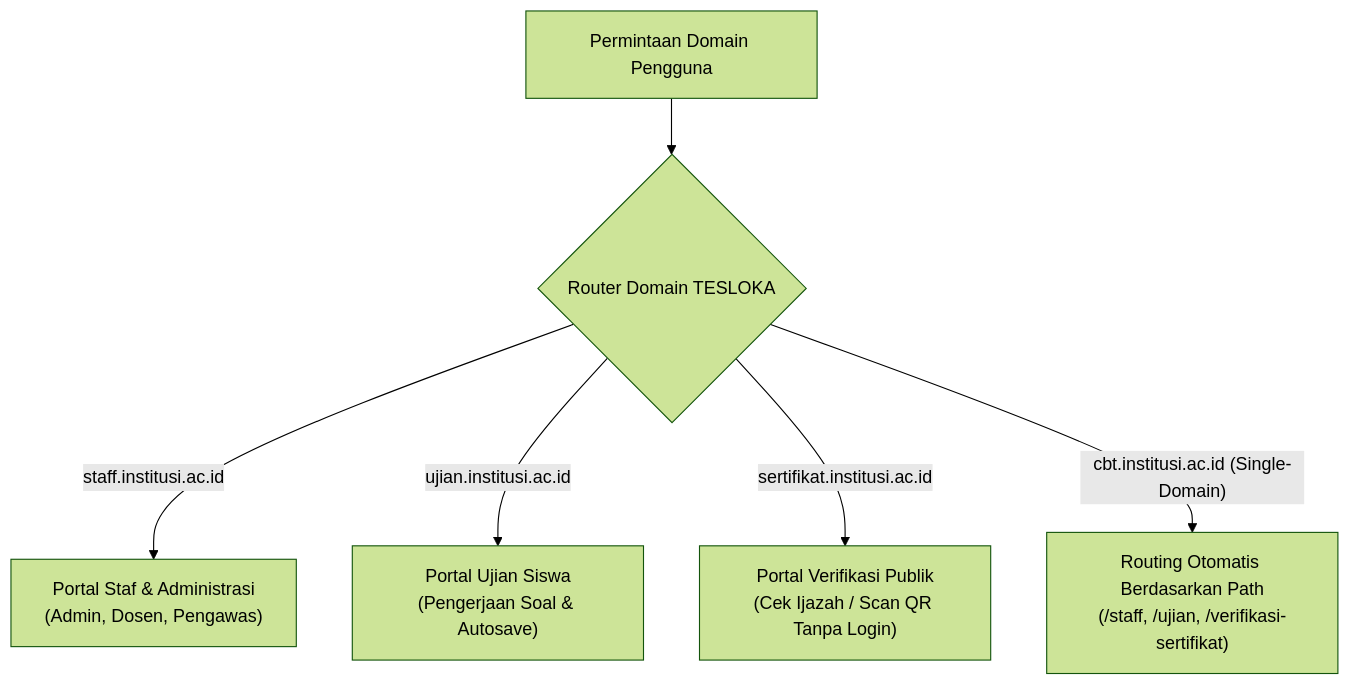
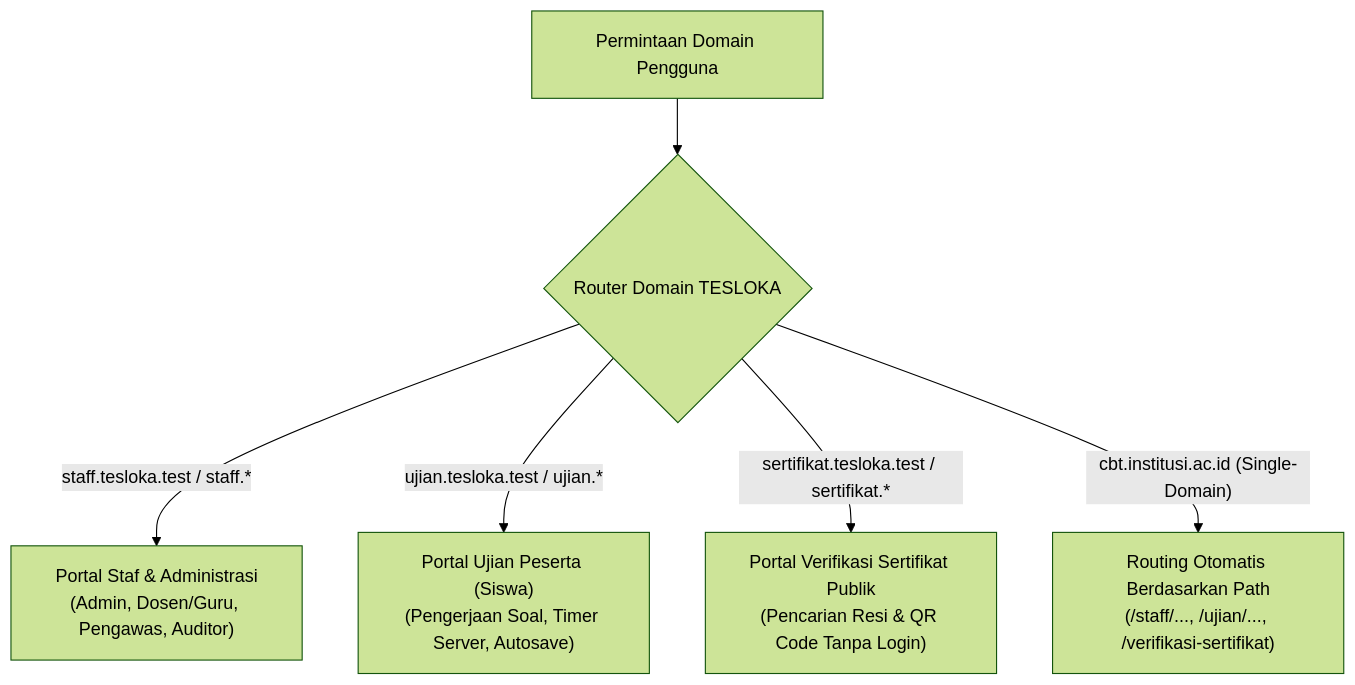
Before and after one commit to mdodeep/Tesloka: the diagram in README.md, drawn with Mermaid (forest theme). The commit also changed other lines of this file and 63 other files, not shown here.

````diff
--- a/README.md
+++ b/README.md
@@ -57,8 +62,8 @@
 ```mermaid
 flowchart TD
-    DNS["Permintaan Domain Pengguna"] --> Router{"Router Domain TESLOKA"}
-    Router -->|"staff.institusi.ac.id"| StaffPortal["Portal Staf & Administrasi\n(Admin, Dosen, Pengawas)"]
-    Router -->|"ujian.institusi.ac.id"| ExamPortal["Portal Ujian Siswa\n(Pengerjaan Soal & Autosave)"]
-    Router -->|"sertifikat.institusi.ac.id"| CertPortal["Portal Verifikasi Publik\n(Cek Ijazah / Scan QR Tanpa Login)"]
-    Router -->|"cbt.institusi.ac.id (Single-Domain)"| SingleRoute["Routing Otomatis Berdasarkan Path\n(/staff, /ujian, /verifikasi-sertifikat)"]
+    User["Permintaan Domain Pengguna"] --> Router{"Router Domain TESLOKA"}
+    Router -->|"staff.tesloka.test / staff.*"| StaffPortal["Portal Staf & Administrasi\n(Admin, Dosen/Guru, Pengawas, Auditor)"]
+    Router -->|"ujian.tesloka.test / ujian.*"| StudentPortal["Portal Ujian Peserta (Siswa)\n(Pengerjaan Soal, Timer Server, Autosave)"]
+    Router -->|"sertifikat.tesloka.test / sertifikat.*"| CertPortal["Portal Verifikasi Sertifikat Publik\n(Pencarian Resi & QR Code Tanpa Login)"]
+    Router -->|"cbt.institusi.ac.id (Single-Domain)"| SingleDomain["Routing Otomatis Berdasarkan Path\n(/staff/..., /ujian/..., /verifikasi-sertifikat)"]
 ```
````
